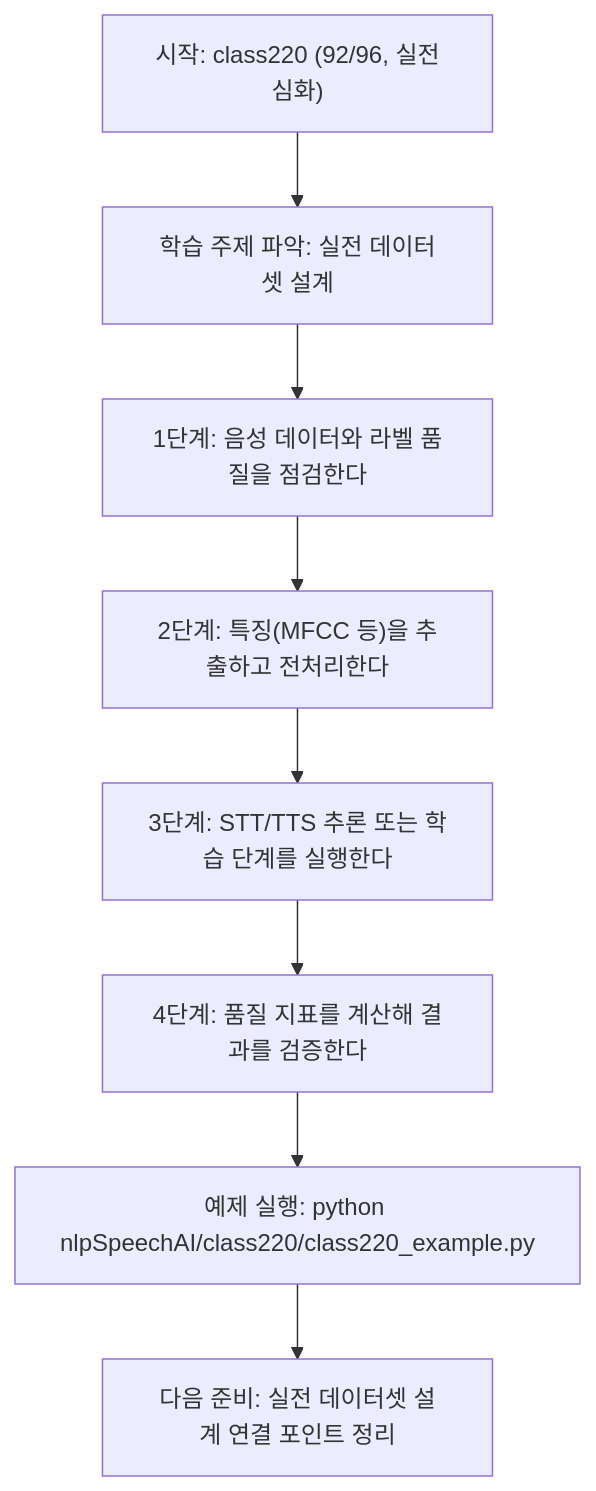
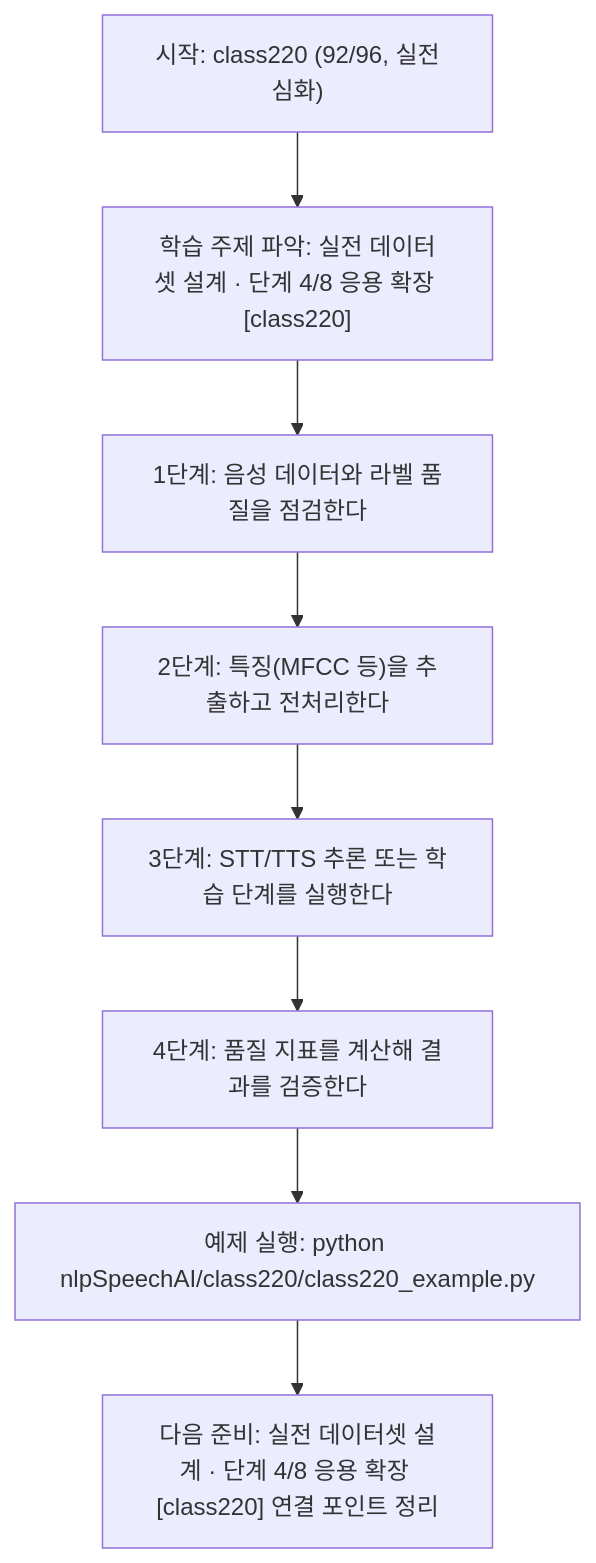
Before and after one commit to edumgt/Python-AI_Agent-Class: the diagram in nlpSpeechAI/class220/class220.md, drawn with Mermaid. The commit also changed other lines of this file and 522 other files, not shown here.

````diff
--- a/nlpSpeechAI/class220/class220.md
+++ b/nlpSpeechAI/class220/class220.md
@@ -113,18 +114,18 @@
 ```mermaid
 flowchart TD
 N1["시작: class220 (92/96, 실전심화)"]
-N2["학습 주제 파악: 실전 데이터셋 설계"]
+N2["학습 주제 파악: 실전 데이터셋 설계 · 단계 4/8 응용 확장 [class220]"]
 N3["1단계: 음성 데이터와 라벨 품질을 점검한다"]
 N4["2단계: 특징(MFCC 등)을 추출하고 전처리한다"]
 N5["3단계: STT/TTS 추론 또는 학습 단계를 실행한다"]
 N6["4단계: 품질 지표를 계산해 결과를 검증한다"]
 N7["예제 실행: python nlpSpeechAI/class220/class220_example.py"]
-N8["다음 준비: 실전 데이터셋 설계 연결 포인트 정리"]
+N8["다음 준비: 실전 데이터셋 설계 · 단계 4/8 응용 확장 [class220] 연결 포인트 정리"]
 N1 --> N2
 N2 --> N3
 N3 --> N4
 N4 --> N5
 N5 --> N6
 N6 --> N7
 N7 --> N8
 ```
````
